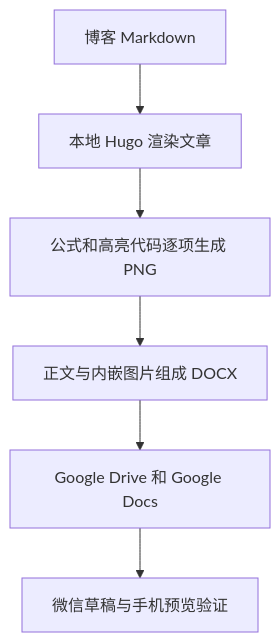
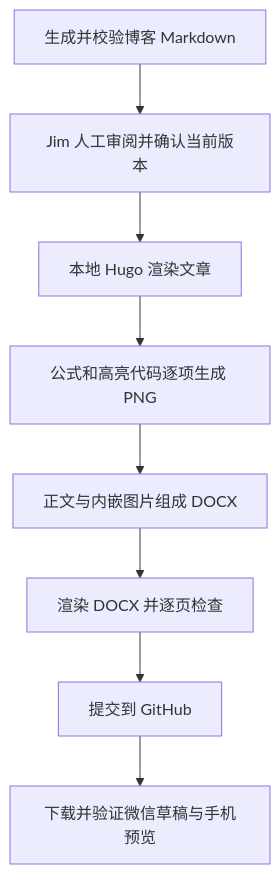
Before and after one commit to jimwang99/jimwang99.github.io: the diagram in plans/markdown-wechat-docx.md, drawn with Mermaid. The commit also changed other lines of this file and 95 other files, not shown here.

Commit message:
Require Markdown review before DOCX export and store exports

````diff
--- a/plans/markdown-wechat-docx.md
+++ b/plans/markdown-wechat-docx.md
@@ -26,8 +26,10 @@
 ```mermaid
 flowchart TD
-    A[博客 Markdown] --> B[本地 Hugo 渲染文章]
+    A[生成并校验博客 Markdown] --> R[Jim 人工审阅并确认当前版本]
+    R --> B[本地 Hugo 渲染文章]
     B --> C[公式和高亮代码逐项生成 PNG]
     C --> D[正文与内嵌图片组成 DOCX]
-    D --> E[Google Drive 和 Google Docs]
-    E --> F[微信草稿与手机预览验证]
+    D --> Q[渲染 DOCX 并逐页检查]
+    Q --> E[提交到 GitHub]
+    E --> F[下载并验证微信草稿与手机预览]
 ```
````
